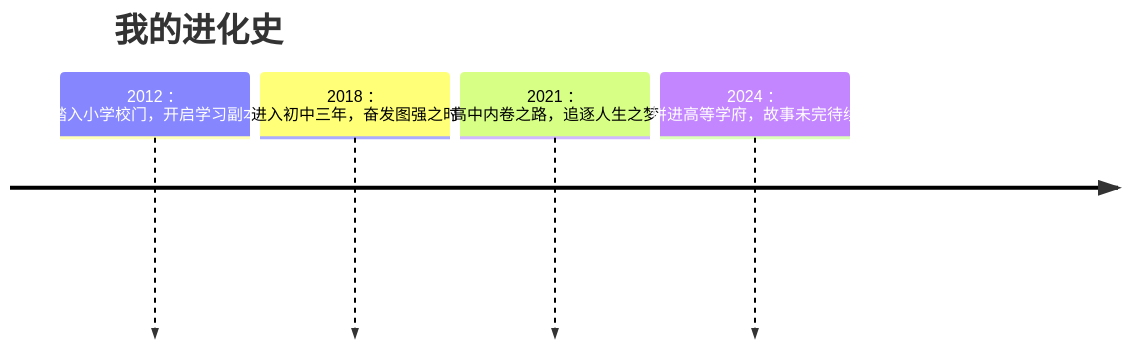
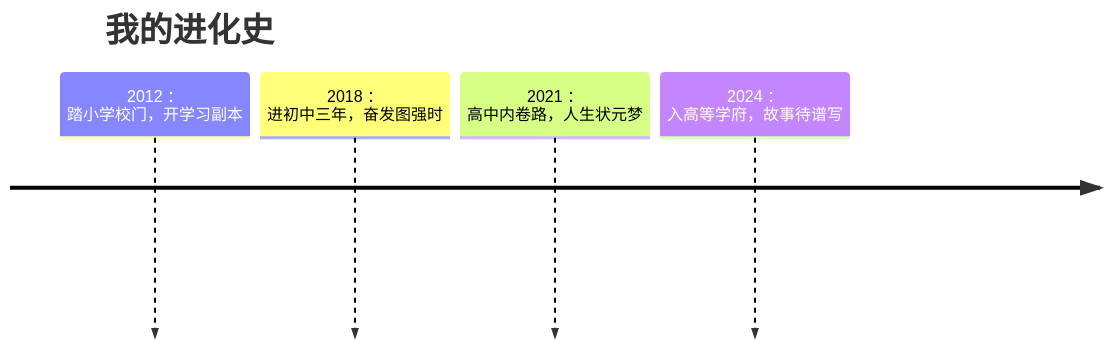
The diagram in README.md (BAYUEQI/BAYUEQI), drawn with Mermaid before and after one commit.

````diff
--- a/README.md
+++ b/README.md
@@ -19,8 +19,8 @@
 ```mermaid
 timeline
     title 我的进化史
-    2012 ： 踏入小学校门，开启学习副本
-    2018 ： 进入初中三年，奋发图强之时
-    2021 ： 高中内卷之路，追逐人生之梦
-    2024 ： 拼进高等学府，故事未完待续
+    2012 ： 踏小学校门，开学习副本
+    2018 ： 进初中三年，奋发图强时
+    2021 ： 高中内卷路，人生状元梦
+    2024 ： 入高等学府，故事待谱写
 ```
````
